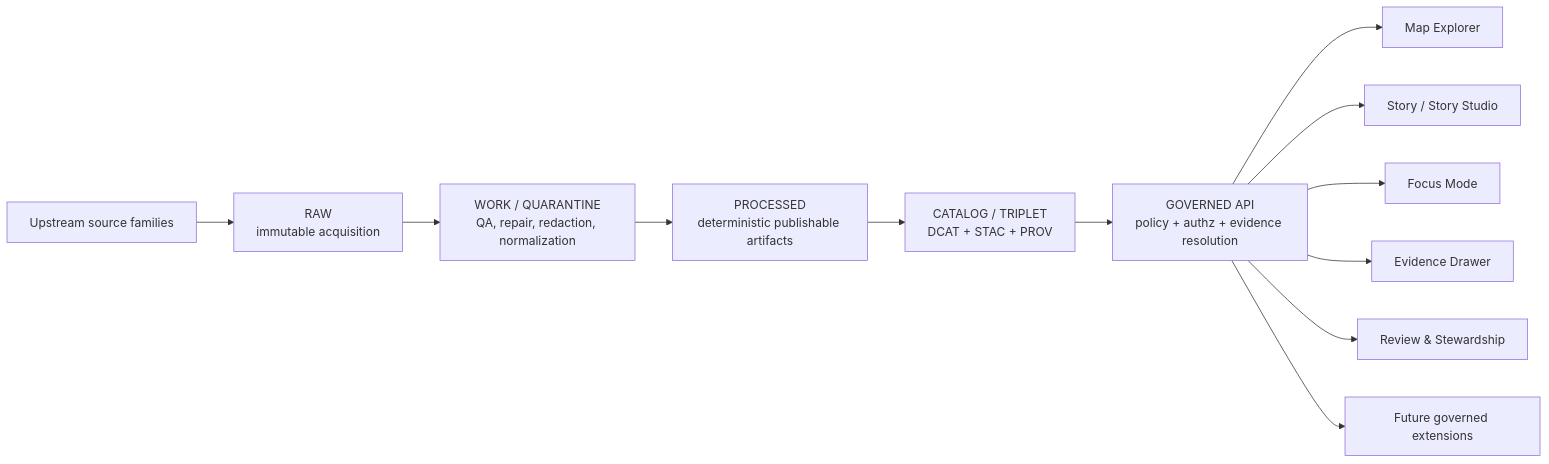
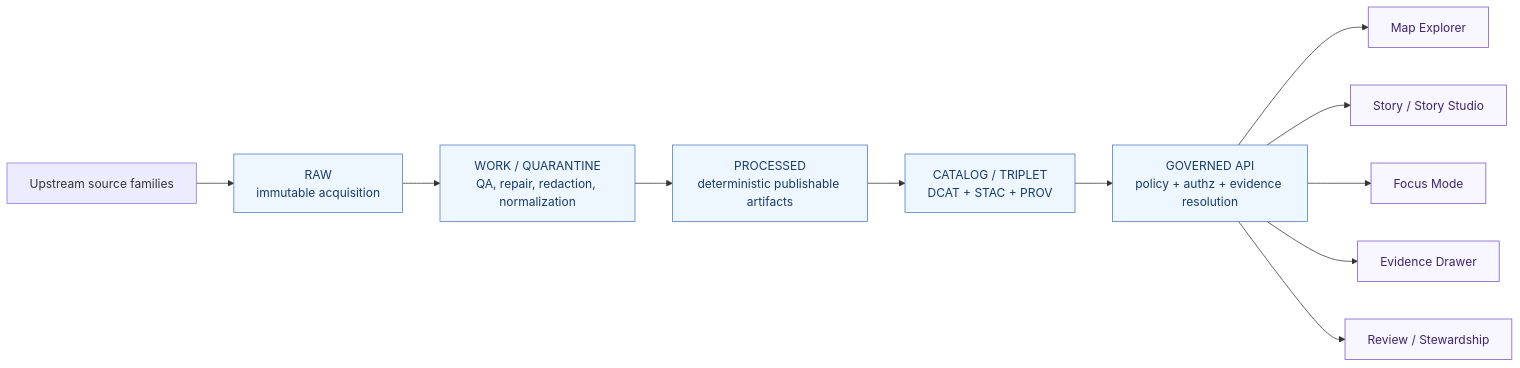
Before and after one commit to bartytime4life/Kansas-Frontier-Matrix: the diagram in README.md, drawn with Mermaid. The commit also changed other lines of this file, not shown here.

````diff
--- a/README.md
+++ b/README.md
@@ -183,14 +295,18 @@
 ```mermaid
 flowchart LR
     A[Upstream source families] --> B[RAW<br/>immutable acquisition]
     B --> C[WORK / QUARANTINE<br/>QA, repair, redaction, normalization]
     C --> D[PROCESSED<br/>deterministic publishable artifacts]
     D --> E[CATALOG / TRIPLET<br/>DCAT + STAC + PROV]
     E --> F[GOVERNED API<br/>policy + authz + evidence resolution]
     F --> G[Map Explorer]
     F --> H[Story / Story Studio]
     F --> I[Focus Mode]
     F --> J[Evidence Drawer]
-    F --> K[Review & Stewardship]
-    F --> L[Future governed extensions]
+    F --> K[Review / Stewardship]
+
+    classDef canon fill:#eef6ff,stroke:#4a78c2,color:#183b6b;
+    classDef surface fill:#f8f6ff,stroke:#7c52c7,color:#3e246d;
+    class B,C,D,E,F canon;
+    class G,H,I,J,K surface;
 ```
````
